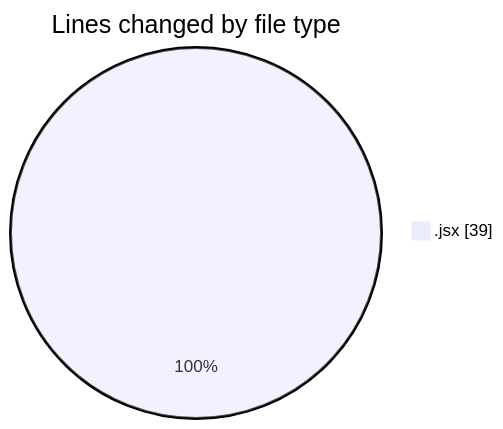
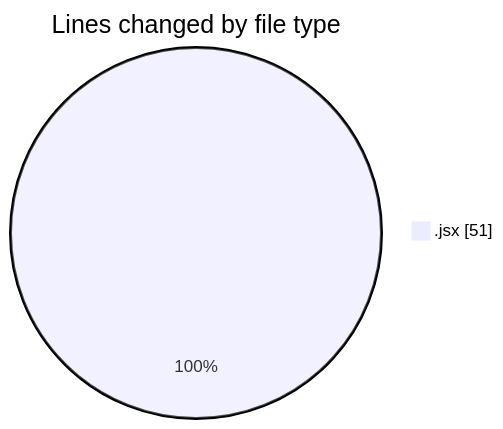
The first of 2 diagrams in 2025-02-12/react_ecom/README.md (Elitesun/code-tracking), drawn with Mermaid before and after one commit. The commit also changed other lines of this file and 1 other file, not shown here.

````diff
--- a/2025-02-12/react_ecom/README.md
+++ b/2025-02-12/react_ecom/README.md
@@ -20,5 +20,5 @@
 ```mermaid
 pie showData
 title Lines changed by file type
-".jsx" : 39
+".jsx" : 51
 ```
````
